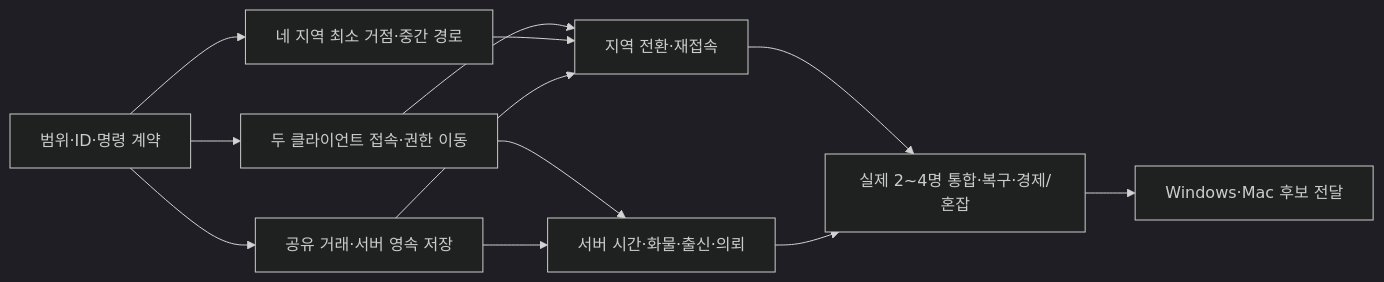
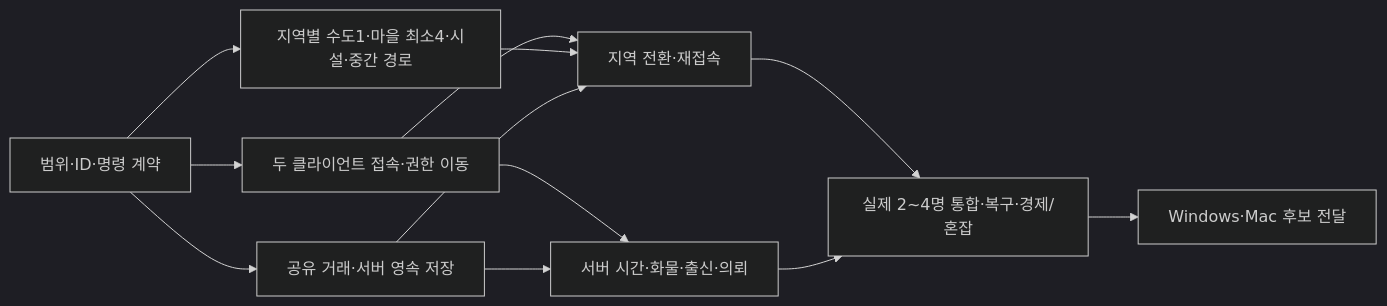
The diagram in Docs/DeliveryPlan.md (hundredman/pocket-caravan), drawn with Mermaid (dark theme) before and after one commit. The commit also changed other lines of this file and 24 other files, not shown here.

````diff
--- a/Docs/DeliveryPlan.md
+++ b/Docs/DeliveryPlan.md
@@ -99,14 +99,14 @@
 ```mermaid
 flowchart LR
   P[범위·ID·명령 계약] --> N[두 클라이언트 접속·권한 이동]
-  P --> R[네 지역 최소 거점·중간 경로]
+  P --> R[지역별 수도1·마을 최소4·시설·중간 경로]
   P --> E[공유 거래·서버 영속 저장]
   N --> T[지역 전환·재접속]
   R --> T
   E --> T
   N --> C[서버 시간·화물·출신·의뢰]
   E --> C
   T --> Q[실제 2~4명 통합·복구·경제/혼잡]
   C --> Q
   Q --> B[Windows·Mac 후보 전달]
 ```
````
